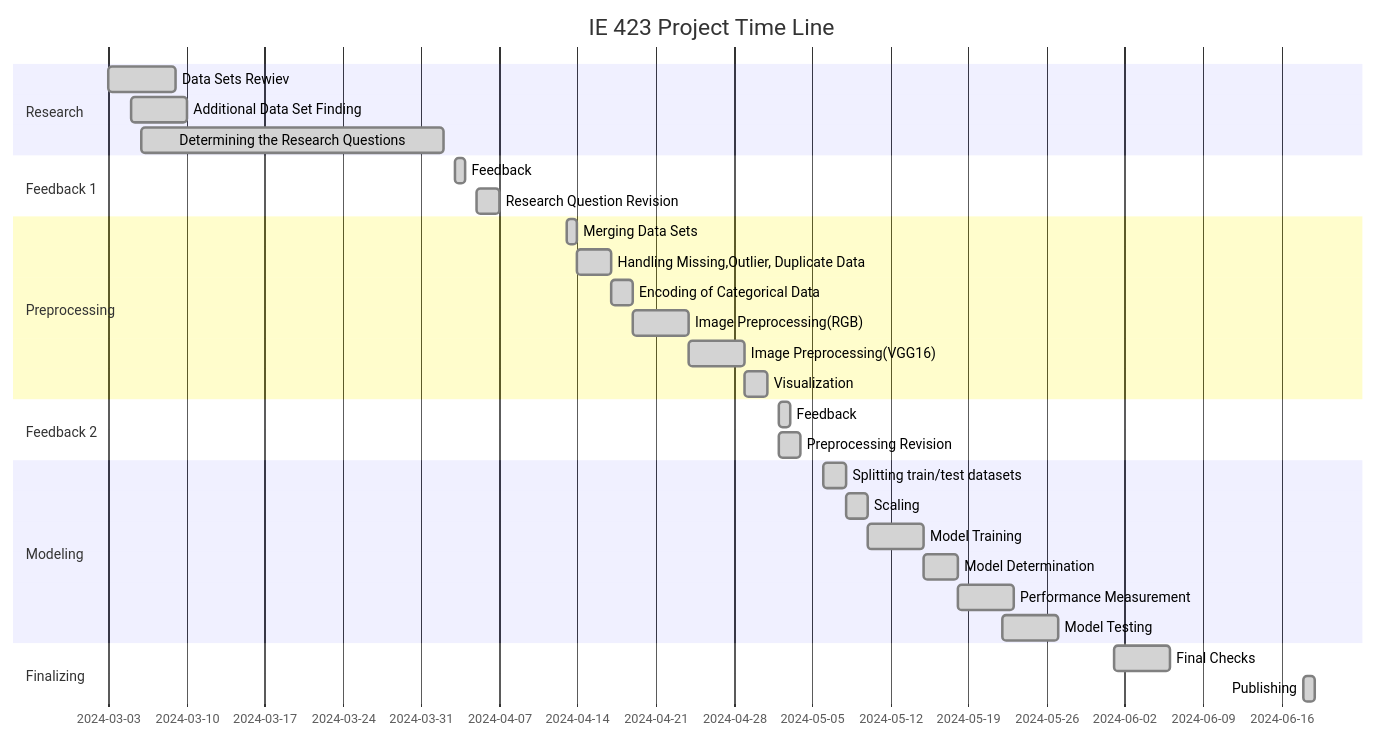
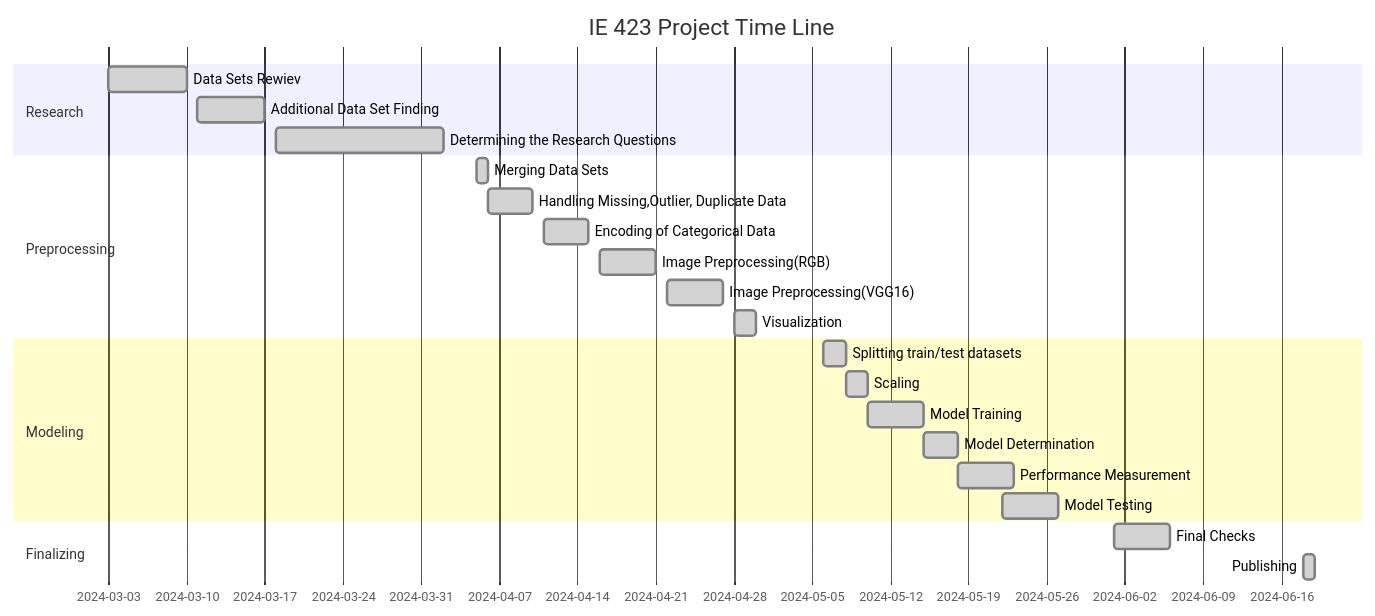
Before and after one commit to BILGI-IE-423/ie423-2024-termproject-ai-world: the diagram in README.md, drawn with Mermaid.

````diff
--- a/README.md
+++ b/README.md
@@ -197,41 +197,36 @@
 ```mermaid
 
 gantt
        dateFormat  YYYY-MM-DD
        title IE 423 Project Time Line
 
        section Research
-       Data Sets Rewiev                                   :done, des1, 2024-03-03,6d
-       Additional Data Set Finding                        :done, des2, 2024-03-05,5d
-       Determining the Research Questions                 :done, des3, 2024-03-06,2024-04-02
+       Data Sets Rewiev                                   :done, des1, 2024-03-03,7d
+       Additional Data Set Finding                        :done, des2, 2024-03-11,6d
+       Determining the Research Questions                 :done, des3, 2024-03-18,15d
 
-       section Feedback 1
-       Feedback                                           :done, des4, 2024-04-03,1d
-       Research Question Revision                         :done, des5, 2024-04-05,2d
 
        section Preprocessing
-       Merging Data Sets                                  :done, des6, 2024-04-13, 1d
-       Handling Missing,Outlier, Duplicate Data           :done, des7, 2024-04-14, 3d
-       Encoding of Categorical Data                       :done, des8, 2024-04-17, 2d
-       Image Preprocessing(RGB)                           :done, des9, 2024-04-19, 5d
-       Image Preprocessing(VGG16)                         :done, des9, 2024-04-24, 5d
-       Visualization                                      :done, des10, 2024-04-29,2d
+       Merging Data Sets                                  :done, des6, 2024-04-5, 1d
+       Handling Missing,Outlier, Duplicate Data           :done, des7, 2024-04-6, 4d
+       Encoding of Categorical Data                       :done, des8, 2024-04-11, 4d
+       Image Preprocessing(RGB)                           :done, des9, 2024-04-16, 5d
+       Image Preprocessing(VGG16)                         :done, des9, 2024-04-22, 5d
+       Visualization                                      :done, des10, 2024-04-28,2d
 
-       section Feedback 2
-       Feedback                                           :done, des11, 2024-05-02,1d
-       Preprocessing Revision                             :done, des12, 2024-05-02,2d
+
 
        section Modeling
        Splitting train/test datasets                      :done, des11, 2024-05-06, 2d
        Scaling                                            :done, des12, 2024-05-08, 2d
        Model Training                                     :done, des13, 2024-05-10, 5d
        Model Determination                                :done, des14, 2024-05-15, 3d
        Performance Measurement                            :done, des15, 2024-05-18, 5d
        Model Testing                                      :done, des16, 2024-05-22, 5d
 
        section Finalizing
        Final Checks                                       :done, des17, 2024-06-01,5d
        Publishing                                         :done, des18, 2024-06-18, 1d
     
 
 ```
````
